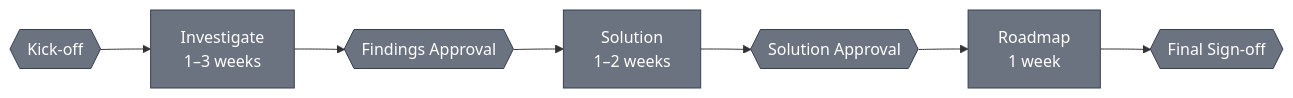
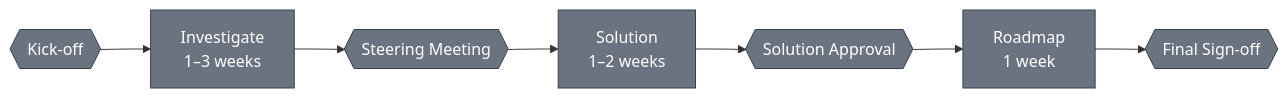
The diagram in docs/AI SDLC/01 Process/06 Where We Are/01 Engagement.md (DataArt/adlc-discovery-tool), drawn with Mermaid before and after one commit. The commit also changed other lines of this file and 72 other files, not shown here.

````diff
--- a/docs/AI SDLC/01 Process/06 Where We Are/01 Engagement.md
+++ b/docs/AI SDLC/01 Process/06 Where We Are/01 Engagement.md
@@ -10,19 +10,19 @@
 ```mermaid
 flowchart LR
     G0{{"Kick-off"}}
-    G1{{"Findings Approval"}}
+    G1{{"Steering Meeting"}}
     G2{{"Solution Approval"}}
     G3{{"Final Sign-off"}}
 
     W1["Investigate\n1–3 weeks"]
     W2["Solution\n1–2 weeks"]
     W3["Roadmap\n1 week"]
 
     G0 --> W1 --> G1 --> W2 --> G2 --> W3 --> G3
 
     classDef done fill:#10B981,stroke:#047857,color:#fff
     classDef current fill:#F59E0B,stroke:#B45309,color:#000
     classDef pending fill:#6B7280,stroke:#374151,color:#fff
 
     class G0,W1,G1,W2,G2,W3,G3 pending
 ```
````
